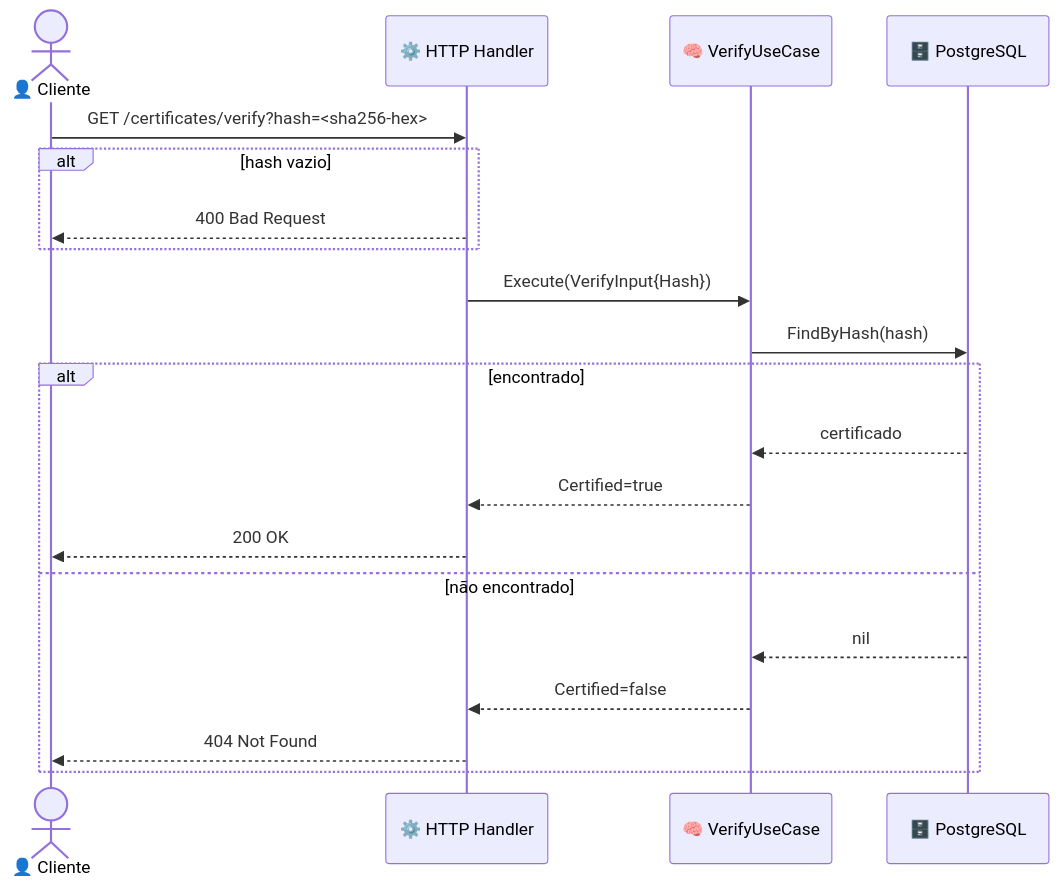
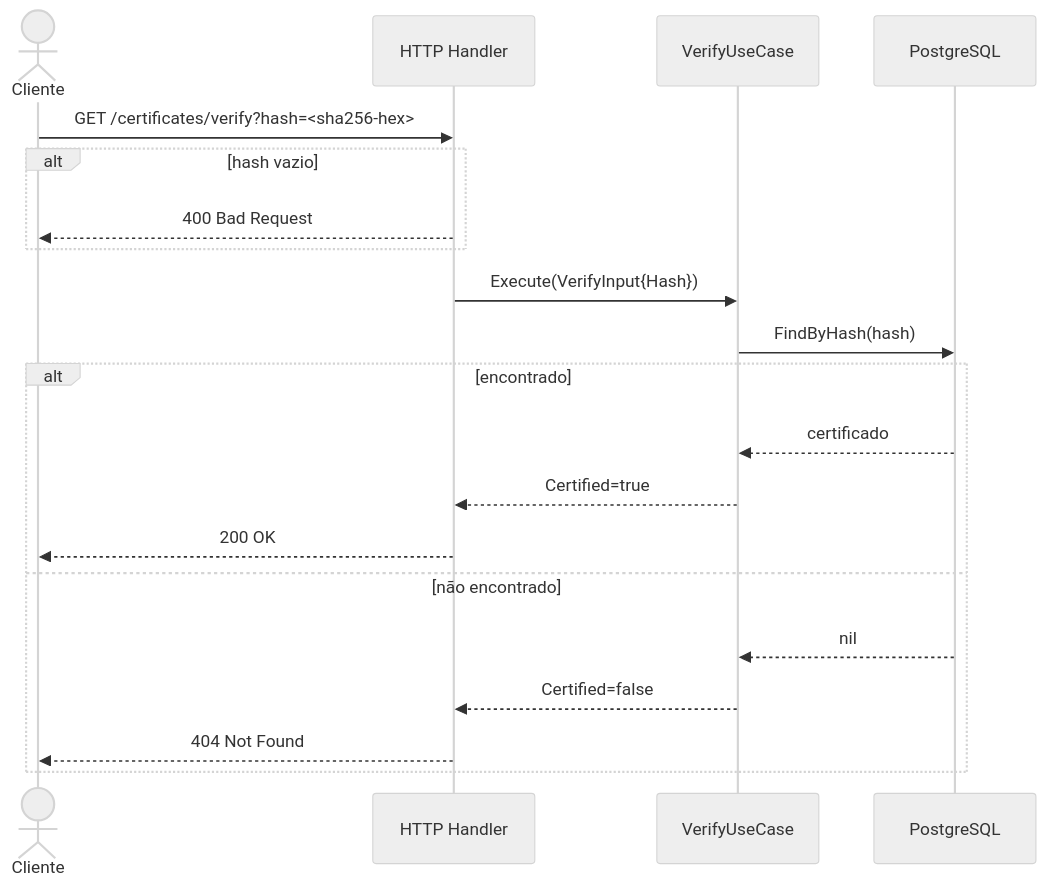
The third of 3 diagrams in docs/SEQUENCE_DIAGRAM.md (waizbart/aletheia-api), drawn with Mermaid before and after one commit. The commit also changed other lines of this file and 3 other files, not shown here.

First line of the commit message:
docs: rewrite README and clean diagrams

````diff
--- a/docs/SEQUENCE_DIAGRAM.md
+++ b/docs/SEQUENCE_DIAGRAM.md
@@ -111,24 +111,24 @@
 ```mermaid
-%%{init: {'theme': 'default'}}%%
+%%{init: {'theme': 'neutral'}}%%
 sequenceDiagram
-    actor U as 👤 Cliente
-    participant API as ⚙️ HTTP Handler
-    participant UC as 🧠 VerifyUseCase
-    participant DB as 🗄️ PostgreSQL
+    actor U as Cliente
+    participant API as HTTP Handler
+    participant UC as VerifyUseCase
+    participant DB as PostgreSQL
 
     U->>API: GET /certificates/verify?hash=<sha256-hex>
     alt hash vazio
         API-->>U: 400 Bad Request
     end
     API->>UC: Execute(VerifyInput{Hash})
     UC->>DB: FindByHash(hash)
     alt encontrado
         DB-->>UC: certificado
         UC-->>API: Certified=true
         API-->>U: 200 OK
     else não encontrado
         DB-->>UC: nil
         UC-->>API: Certified=false
         API-->>U: 404 Not Found
     end
 ```
````
